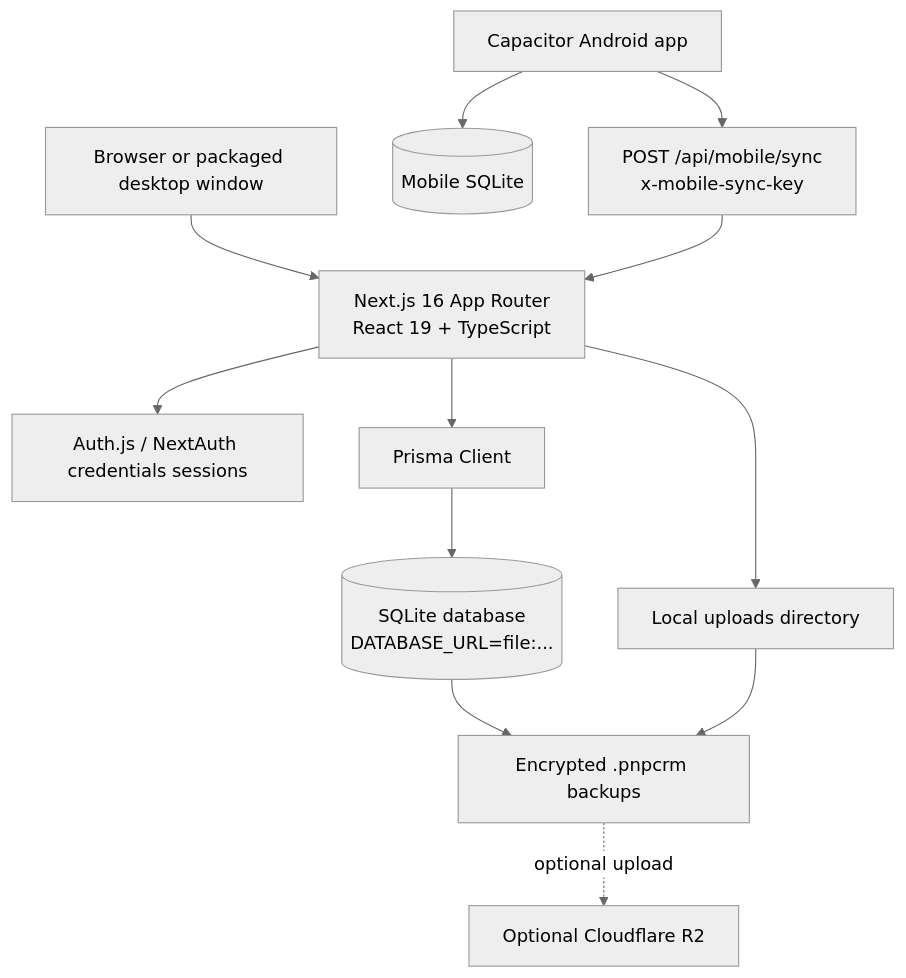
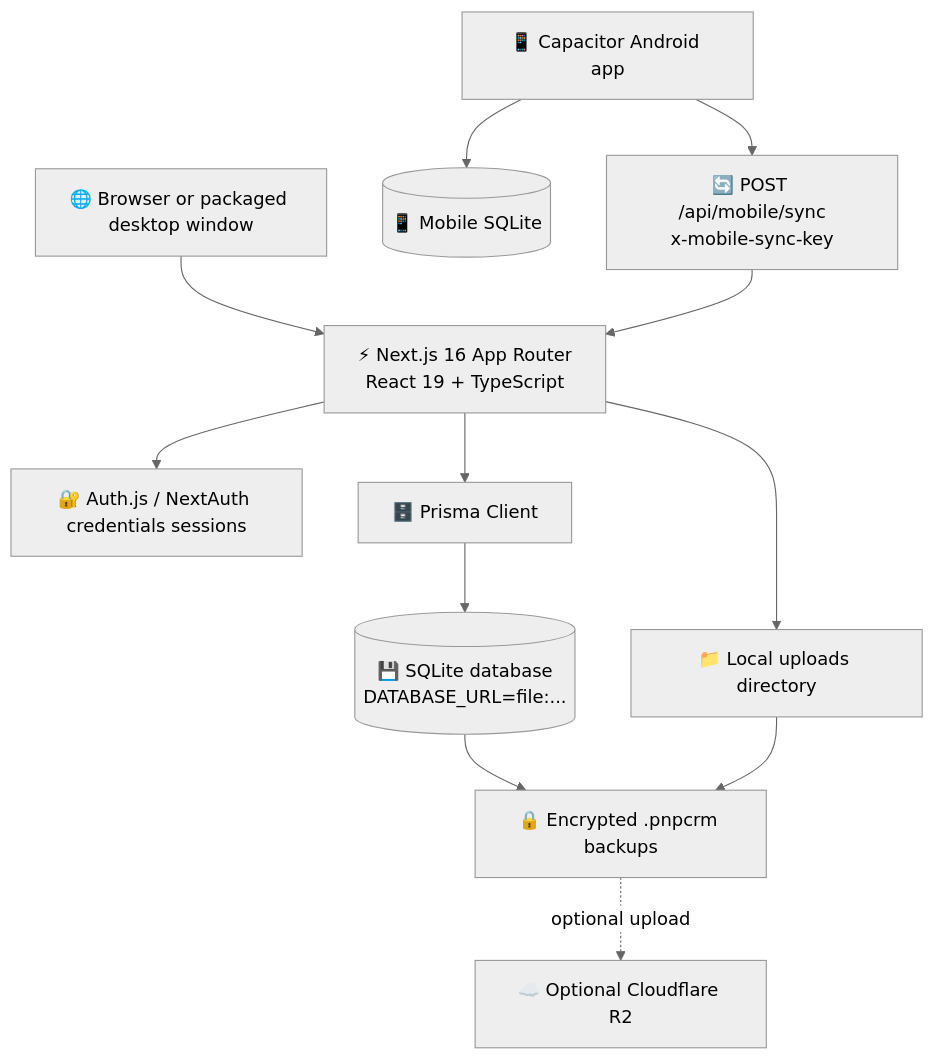
The second of 2 diagrams in README.md (ManavSurani/PNP_crm), drawn with Mermaid (neutral theme) before and after one commit. The commit also changed other lines of this file, not shown here.

````diff
--- a/README.md
+++ b/README.md
@@ -275,26 +722,26 @@
 ```mermaid
 flowchart TD
-    Browser["Browser or packaged desktop window"]
-    Next["Next.js 16 App Router<br/>React 19 + TypeScript"]
-    Auth["Auth.js / NextAuth credentials sessions"]
-    Prisma["Prisma Client"]
-    SQLite[("SQLite database<br/>DATABASE_URL=file:...")]
-    Uploads["Local uploads directory"]
-    Backups["Encrypted .pnpcrm backups"]
-    R2["Optional Cloudflare R2"]
-    Mobile["Capacitor Android app"]
-    MobileDB[("Mobile SQLite")]
-    Sync["POST /api/mobile/sync<br/>x-mobile-sync-key"]
+    Browser["🌐 Browser or packaged desktop window"]
+    Next["⚡ Next.js 16 App Router<br/>React 19 + TypeScript"]
+    Auth["🔐 Auth.js / NextAuth credentials sessions"]
+    Prisma["🗄️ Prisma Client"]
+    SQLite[("💾 SQLite database<br/>DATABASE_URL=file:...")]
+    Uploads["📁 Local uploads directory"]
+    Backups["🔒 Encrypted .pnpcrm backups"]
+    R2["☁️ Optional Cloudflare R2"]
+    Mobile["📱 Capacitor Android app"]
+    MobileDB[("📱 Mobile SQLite")]
+    Sync["🔄 POST /api/mobile/sync<br/>x-mobile-sync-key"]
 
     Browser --> Next
     Next --> Auth
     Next --> Prisma
     Prisma --> SQLite
     Next --> Uploads
     SQLite --> Backups
     Uploads --> Backups
     Backups -. optional upload .-> R2
     Mobile --> MobileDB
     Mobile --> Sync
     Sync --> Next
 ```
````
